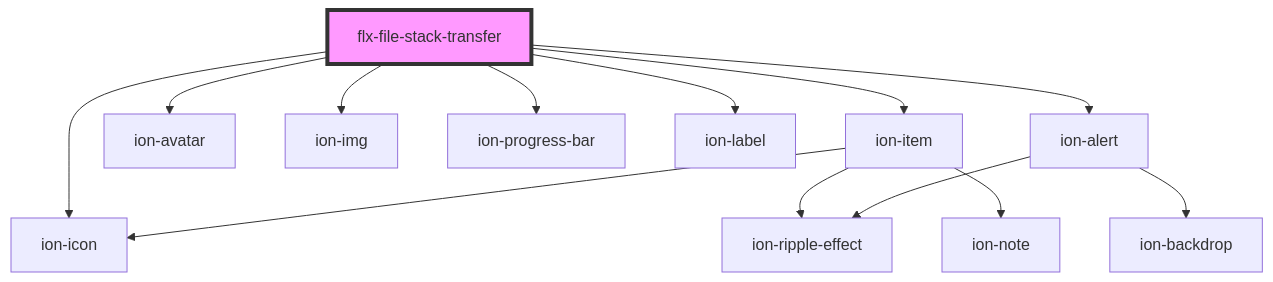
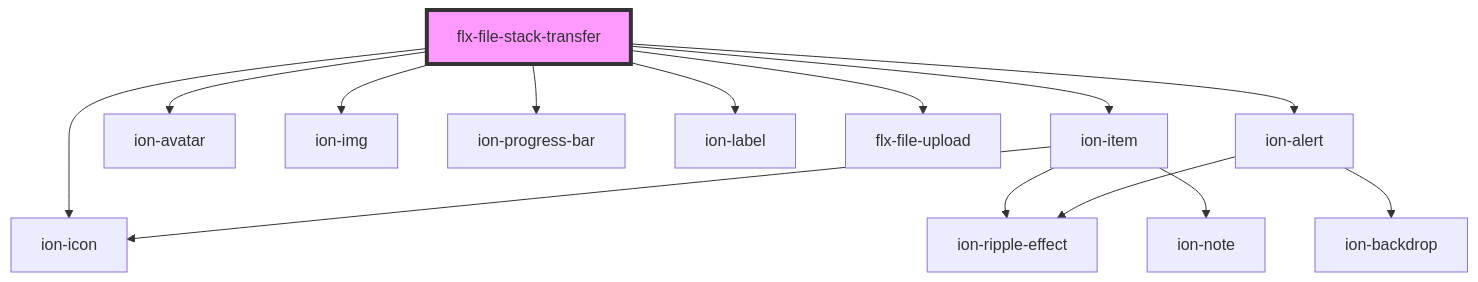
The diagram in src/components/file/stack-transfer/readme.md (Scan0815/felix-core), drawn with Mermaid before and after one commit. The commit also changed other lines of this file and 7 other files, not shown here.

````diff
--- a/src/components/file/stack-transfer/readme.md
+++ b/src/components/file/stack-transfer/readme.md
@@ -48,16 +49,17 @@
 ```mermaid
 graph TD;
   flx-file-stack-transfer --> ion-item
   flx-file-stack-transfer --> ion-avatar
   flx-file-stack-transfer --> ion-img
   flx-file-stack-transfer --> ion-icon
   flx-file-stack-transfer --> ion-progress-bar
   flx-file-stack-transfer --> ion-label
+  flx-file-stack-transfer --> flx-file-upload
   flx-file-stack-transfer --> ion-alert
   ion-item --> ion-icon
   ion-item --> ion-ripple-effect
   ion-item --> ion-note
   ion-alert --> ion-ripple-effect
   ion-alert --> ion-backdrop
   style flx-file-stack-transfer fill:#f9f,stroke:#333,stroke-width:4px
 ```
````
